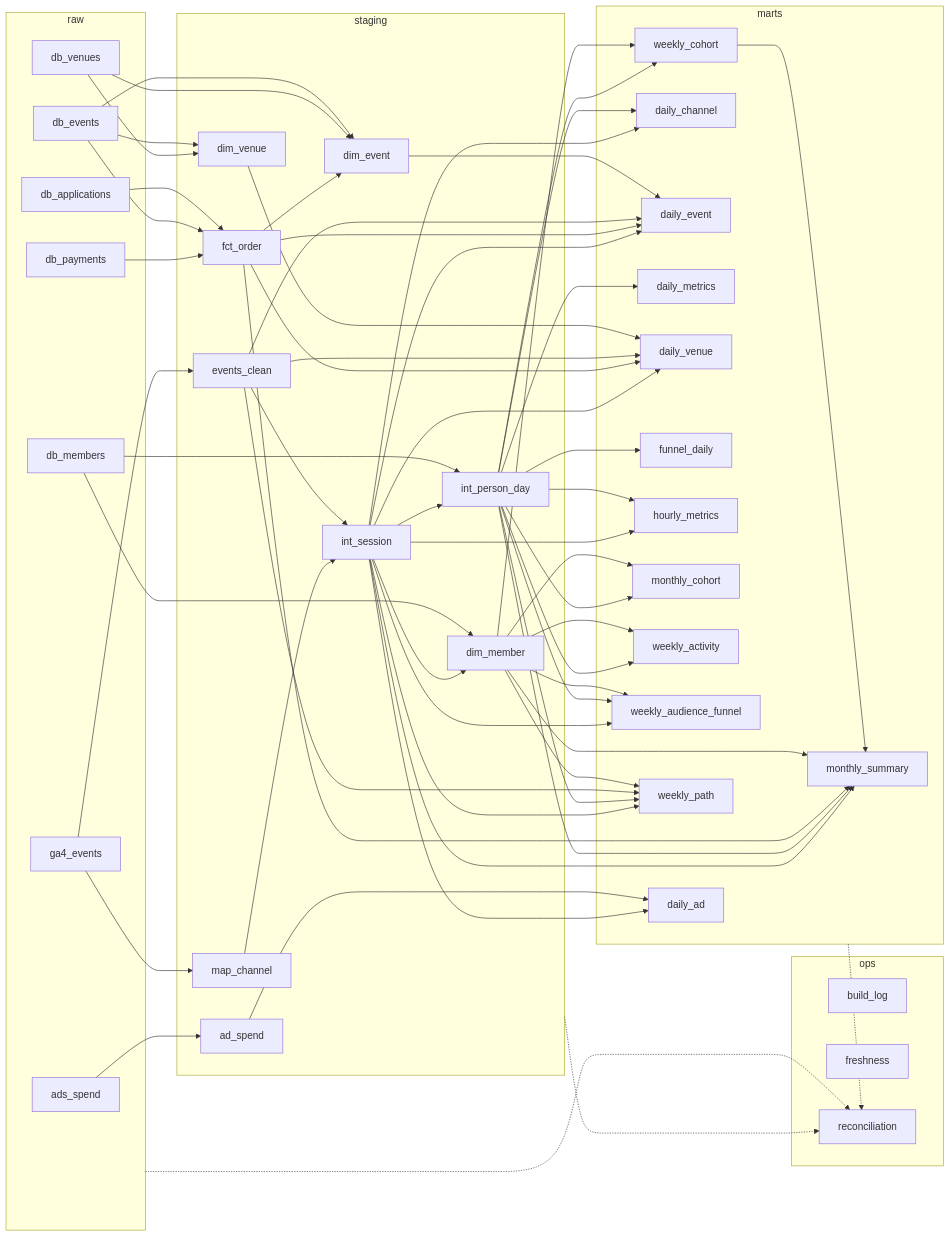
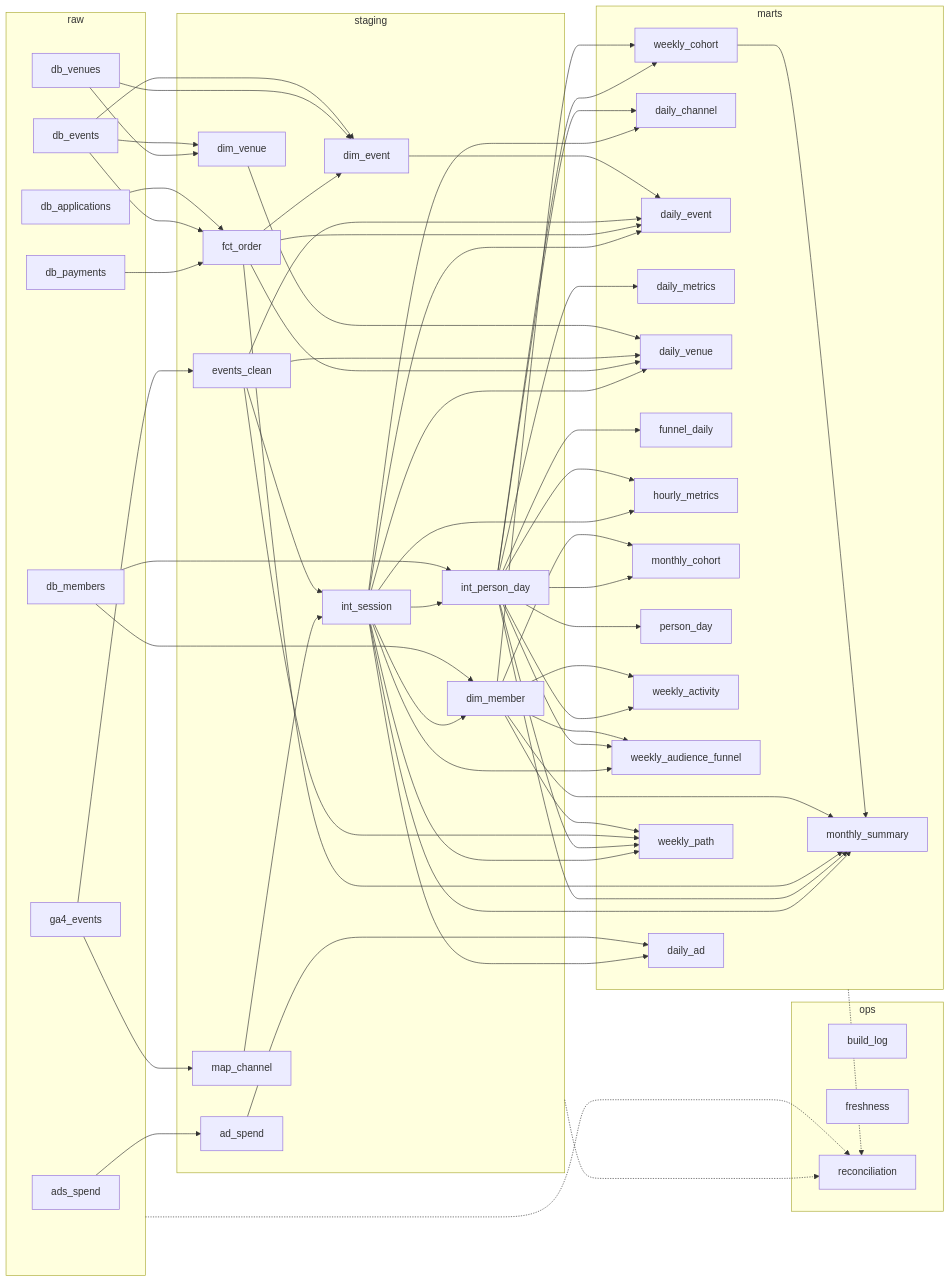
One commit to youuuchul/nightpulse-analytics changed the diagram in bigquery/README.md. Above: the diagram before and after it, drawn with Mermaid. The commit also changed other lines of this file and 21 other files, not shown here.

First line of the commit message:
feat: 개요 탭 KPI별 추이 카드(전기 점선·툴팁·분해 타일·기간 드릴다운), 기간 고유 사람 수, person_day 마트

```diff
--- a/bigquery/README.md
+++ b/bigquery/README.md
@@ -115,6 +116,7 @@
     marts_hourly_metrics["hourly_metrics"]
     marts_monthly_cohort["monthly_cohort"]
     marts_monthly_summary["monthly_summary"]
+    marts_person_day["person_day"]
     marts_weekly_activity["weekly_activity"]
     marts_weekly_audience_funnel["weekly_audience_funnel"]
     marts_weekly_cohort["weekly_cohort"]
@@ -165,6 +167,7 @@
   staging_fct_order --> marts_monthly_summary
   staging_int_person_day --> marts_monthly_summary
   staging_int_session --> marts_monthly_summary
+  staging_int_person_day --> marts_person_day
   staging_dim_member --> marts_weekly_activity
   staging_int_person_day --> marts_weekly_activity
   staging_dim_member --> marts_weekly_audience_funnel
```
